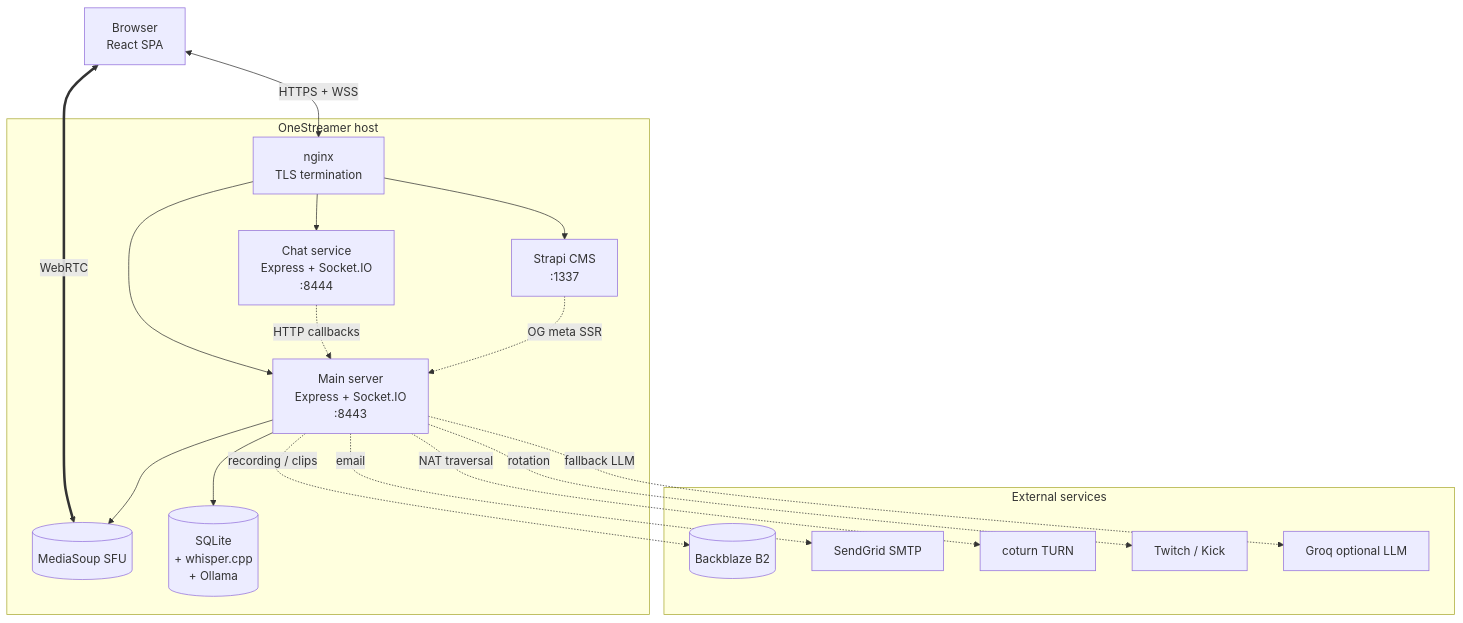
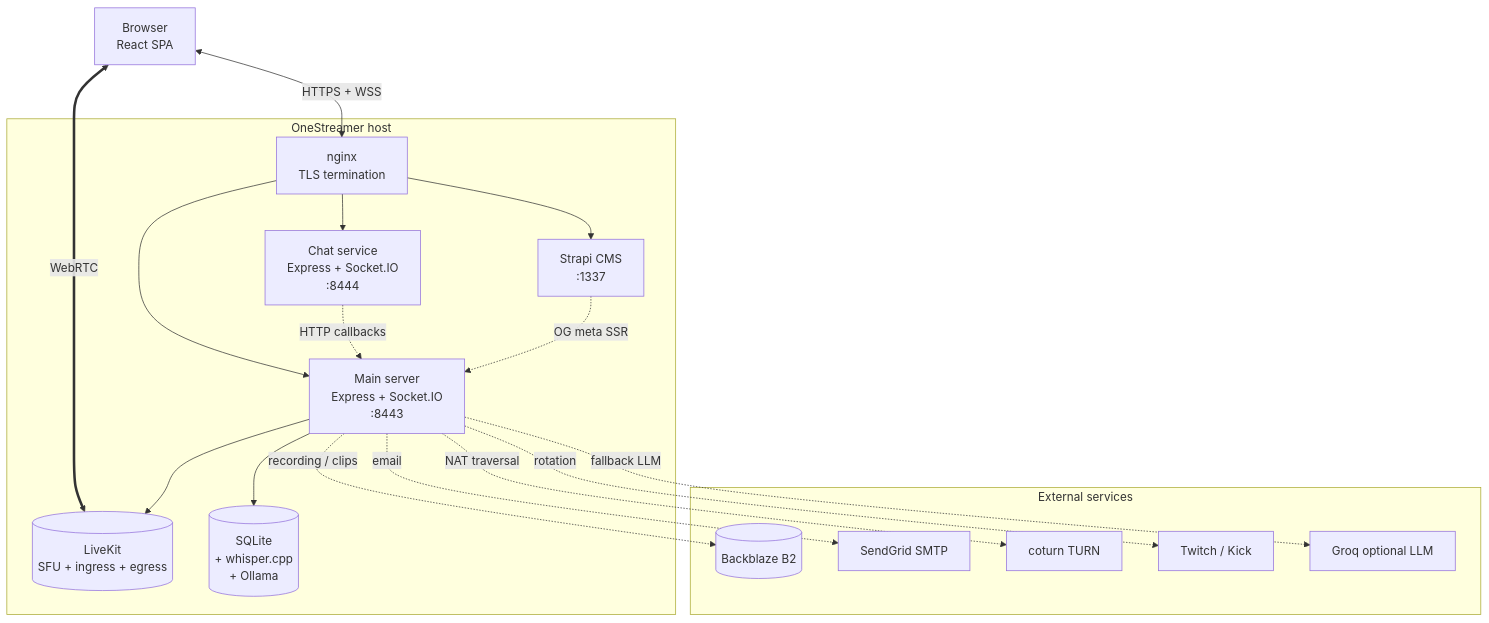
One commit to RealRogerWinter/onestreamer changed the diagram in README.md. Above: the diagram before and after it, drawn with Mermaid. The commit also changed other lines of this file and 52 other files, not shown here.

````diff
--- a/README.md
+++ b/README.md
@@ -150,36 +150,36 @@
 ```mermaid
 flowchart TB
     Browser[Browser<br/>React SPA]
 
     subgraph Host[OneStreamer host]
         Nginx[nginx<br/>TLS termination]
         Main[Main server<br/>Express + Socket.IO<br/>:8443]
         Chat[Chat service<br/>Express + Socket.IO<br/>:8444]
         Strapi[Strapi CMS<br/>:1337]
-        Mediasoup[(MediaSoup SFU)]
+        LiveKit[(LiveKit<br/>SFU + ingress + egress)]
         Local[(SQLite<br/>+ whisper.cpp<br/>+ Ollama)]
     end
 
     subgraph External[External services]
         B2[(Backblaze B2)]
         SendGrid[SendGrid SMTP]
         TURN[coturn TURN]
         ExtSources[Twitch / Kick]
         Groq[Groq optional LLM]
     end
 
     Browser <-->|HTTPS + WSS| Nginx
-    Browser <==>|WebRTC| Mediasoup
+    Browser <==>|WebRTC| LiveKit
     Nginx --> Main
     Nginx --> Chat
     Nginx --> Strapi
-    Main --> Mediasoup
+    Main --> LiveKit
     Main --> Local
     Main -.->|recording / clips| B2
     Main -.->|email| SendGrid
     Main -.->|NAT traversal| TURN
     Main -.->|rotation| ExtSources
     Main -.->|fallback LLM| Groq
     Chat -.->|HTTP callbacks| Main
     Strapi -.->|OG meta SSR| Main
 ```
````
